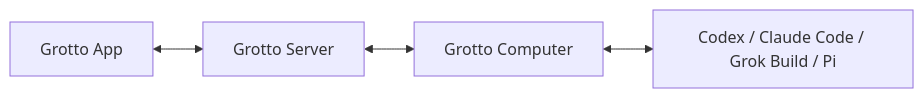
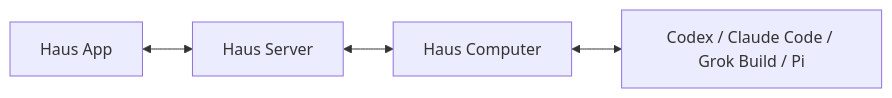
Before and after one commit to zknicker/grotto: the diagram in docs/internals/architecture-overview.md, drawn with Mermaid. The commit also changed other lines of this file and 139 other files, not shown here.

````diff
--- a/docs/internals/architecture-overview.md
+++ b/docs/internals/architecture-overview.md
@@ -12,6 +12,6 @@
 ```mermaid
 flowchart LR
-  app["Grotto App"] <--> server["Grotto Server"]
-  server <--> computer["Grotto Computer"]
+  app["Haus App"] <--> server["Haus Server"]
+  server <--> computer["Haus Computer"]
   computer <--> runtimes["Codex / Claude Code / Grok Build / Pi"]
 ```
````
